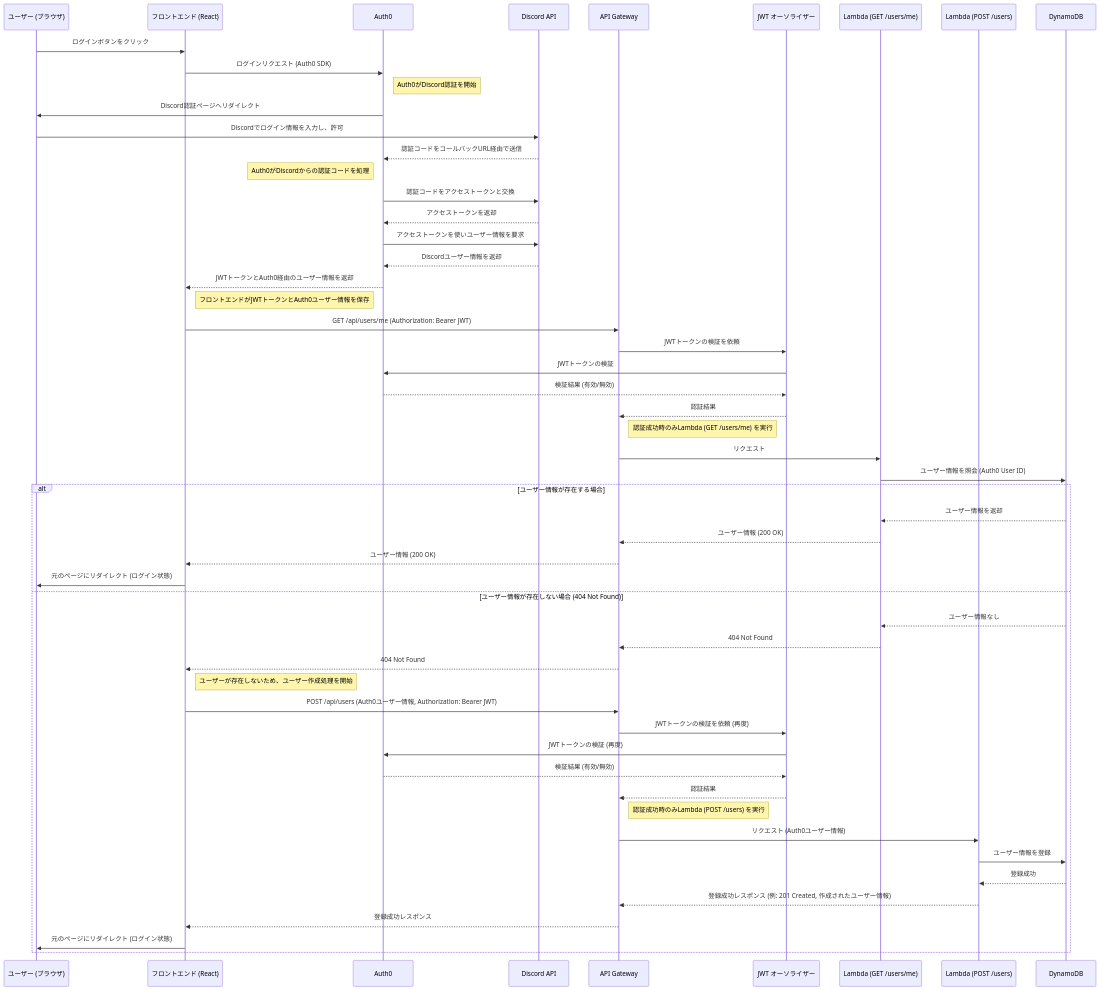
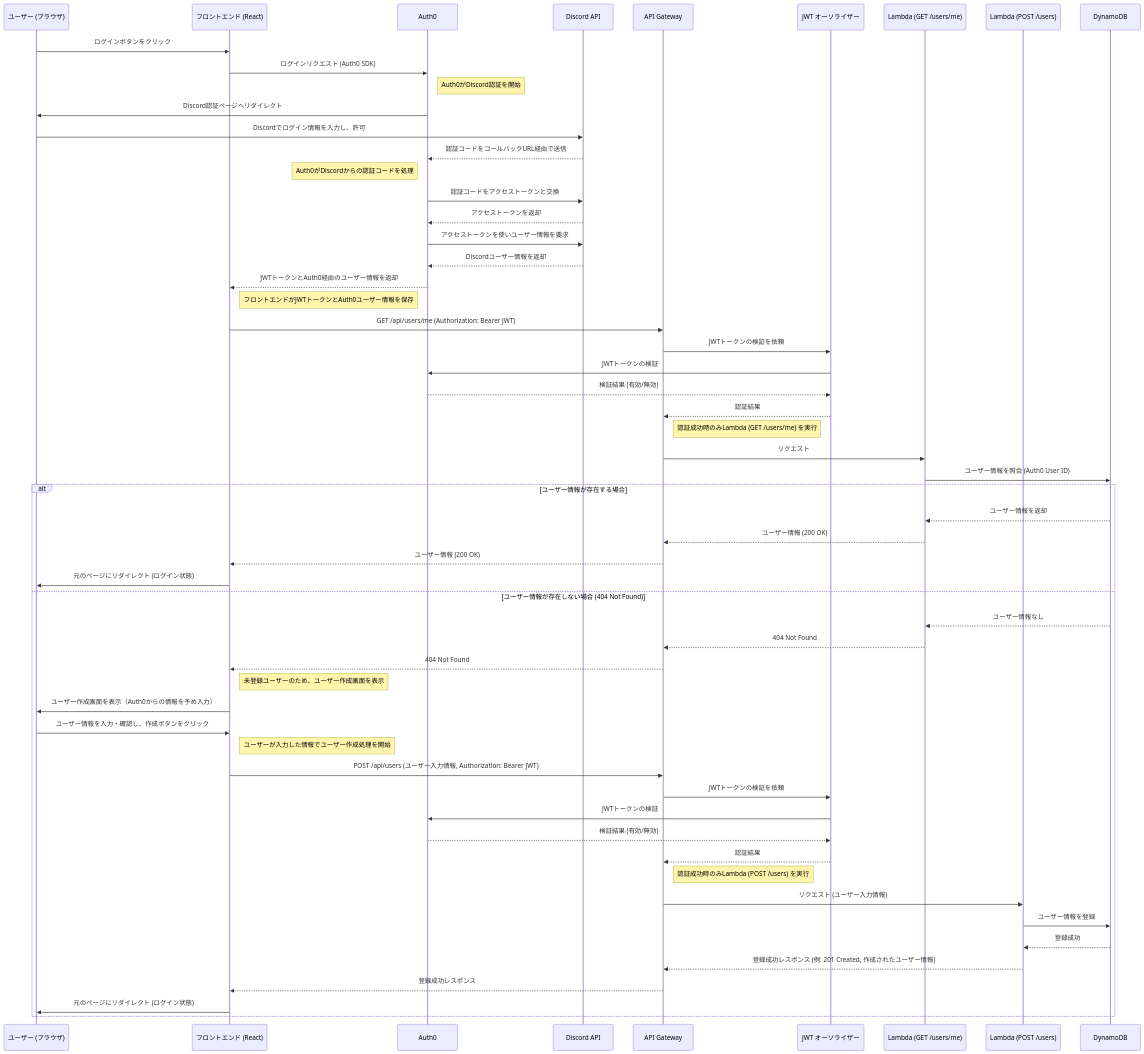
The diagram in docs/mvp/シーケンス図/ログイン処理.md (rikarazome/unitemate-v2), drawn with Mermaid before and after one commit. The commit also changed 2 other files, not shown here.

Commit message:
doc: ユーザー作成画面を作ることによるドキュメント修正

````diff
--- a/docs/mvp/シーケンス図/ログイン処理.md
+++ b/docs/mvp/シーケンス図/ログイン処理.md
@@ -1,60 +1,64 @@
 ```mermaid
 sequenceDiagram
     participant User as ユーザー (ブラウザ)
     participant Frontend as フロントエンド (React)
     participant Auth0 as Auth0
     participant Discord as Discord API
     participant APIGateway as API Gateway
     participant JWTAuth as JWT オーソライザー
     participant LambdaGetMe as Lambda (GET /users/me)
     participant LambdaCreateUser as Lambda (POST /users)
     participant DynamoDB as DynamoDB
 
     User->>Frontend: ログインボタンをクリック
     Frontend->>Auth0: ログインリクエスト (Auth0 SDK)
     note right of Auth0: Auth0がDiscord認証を開始
     Auth0->>User: Discord認証ページへリダイレクト
     User->>Discord: Discordでログイン情報を入力し、許可
     Discord-->>Auth0: 認証コードをコールバックURL経由で送信
     note left of Auth0: Auth0がDiscordからの認証コードを処理
     Auth0->>Discord: 認証コードをアクセストークンと交換
     Discord-->>Auth0: アクセストークンを返却
     Auth0->>Discord: アクセストークンを使いユーザー情報を要求
     Discord-->>Auth0: Discordユーザー情報を返却
     Auth0-->>Frontend: JWTトークンとAuth0経由のユーザー情報を返却
     note right of Frontend: フロントエンドがJWTトークンとAuth0ユーザー情報を保存
 
     Frontend->>APIGateway: GET /api/users/me (Authorization: Bearer JWT)
     APIGateway->>JWTAuth: JWTトークンの検証を依頼
     JWTAuth->>Auth0: JWTトークンの検証
     Auth0-->>JWTAuth: 検証結果 (有効/無効)
     JWTAuth-->>APIGateway: 認証結果
     note right of APIGateway: 認証成功時のみLambda (GET /users/me) を実行
     APIGateway->>LambdaGetMe: リクエスト
     LambdaGetMe->>DynamoDB: ユーザー情報を照会 (Auth0 User ID)
 
     alt ユーザー情報が存在する場合
         DynamoDB-->>LambdaGetMe: ユーザー情報を返却
         LambdaGetMe-->>APIGateway: ユーザー情報 (200 OK)
         APIGateway-->>Frontend: ユーザー情報 (200 OK)
         Frontend->>User: 元のページにリダイレクト (ログイン状態)
     else ユーザー情報が存在しない場合 (404 Not Found)
         DynamoDB-->>LambdaGetMe: ユーザー情報なし
         LambdaGetMe-->>APIGateway: 404 Not Found
         APIGateway-->>Frontend: 404 Not Found
 
-        note right of Frontend: ユーザーが存在しないため、ユーザー作成処理を開始
-        Frontend->>APIGateway: POST /api/users (Auth0ユーザー情報, Authorization: Bearer JWT)
-        APIGateway->>JWTAuth: JWTトークンの検証を依頼 (再度)
-        JWTAuth->>Auth0: JWTトークンの検証 (再度)
+        note right of Frontend: 未登録ユーザーのため、ユーザー作成画面を表示
+        Frontend->>User: ユーザー作成画面を表示（Auth0からの情報を予め入力）
+        User->>Frontend: ユーザー情報を入力・確認し、作成ボタンをクリック
+        
+        note right of Frontend: ユーザーが入力した情報でユーザー作成処理を開始
+        Frontend->>APIGateway: POST /api/users (ユーザー入力情報, Authorization: Bearer JWT)
+        APIGateway->>JWTAuth: JWTトークンの検証を依頼
+        JWTAuth->>Auth0: JWTトークンの検証
         Auth0-->>JWTAuth: 検証結果 (有効/無効)
         JWTAuth-->>APIGateway: 認証結果
         note right of APIGateway: 認証成功時のみLambda (POST /users) を実行
-        APIGateway->>LambdaCreateUser: リクエスト (Auth0ユーザー情報)
+        APIGateway->>LambdaCreateUser: リクエスト (ユーザー入力情報)
         LambdaCreateUser->>DynamoDB: ユーザー情報を登録
         DynamoDB-->>LambdaCreateUser: 登録成功
         LambdaCreateUser-->>APIGateway: 登録成功レスポンス (例: 201 Created, 作成されたユーザー情報)
         APIGateway-->>Frontend: 登録成功レスポンス
         Frontend->>User: 元のページにリダイレクト (ログイン状態)
     end
 ```
````
